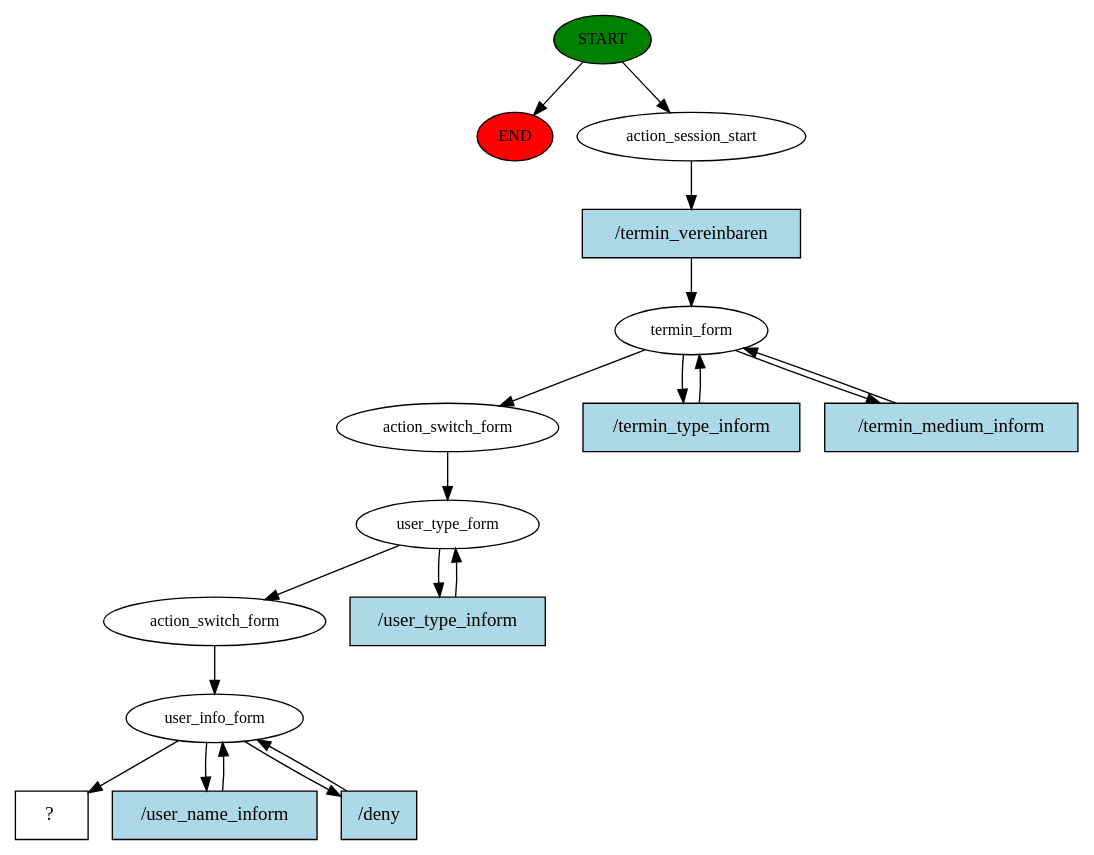
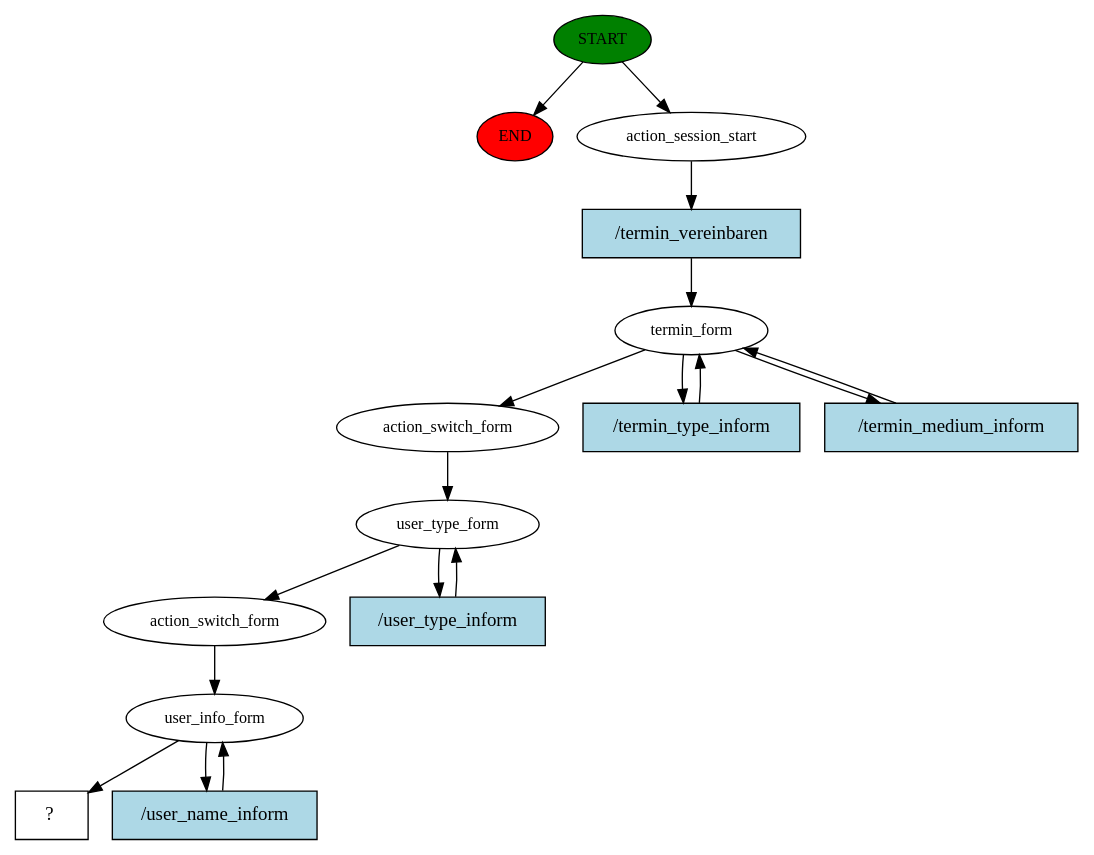
One commit to normanboettcher/BotPilot changed the diagram in bot-pilot-chat/backend/rasa-actions/story_graph.dot. Above: the diagram before and after it, drawn with Graphviz. The commit also changed 18 other files, not shown here.

Commit message:
Added action_handle_user_name_confirm

```diff
--- a/bot-pilot-chat/backend/rasa-actions/story_graph.dot
+++ b/bot-pilot-chat/backend/rasa-actions/story_graph.dot
@@ -1,36 +1,33 @@
 digraph  {
 0 [class="start active", fillcolor=green, fontsize=12, label=START, style=filled];
 "-1" [class=end, fillcolor=red, fontsize=12, label=END, style=filled];
 1 [class=active, fontsize=12, label=action_session_start];
 2 [class=active, fontsize=12, label=termin_form];
 5 [class=active, fontsize=12, label=action_switch_form];
 6 [class=active, fontsize=12, label=user_type_form];
 8 [class=active, fontsize=12, label=action_switch_form];
 9 [class=active, fontsize=12, label=user_info_form];
-12 [class="intent dashed active", label="  ?  ", shape=rect];
-13 [class="intent active", fillcolor=lightblue, label="/termin_vereinbaren", shape=rect, style=filled];
-14 [class="intent active", fillcolor=lightblue, label="/termin_type_inform", shape=rect, style=filled];
-15 [class="intent active", fillcolor=lightblue, label="/termin_medium_inform", shape=rect, style=filled];
-16 [class="intent active", fillcolor=lightblue, label="/user_type_inform", shape=rect, style=filled];
-17 [class="intent active", fillcolor=lightblue, label="/user_name_inform", shape=rect, style=filled];
-18 [class="intent active", fillcolor=lightblue, label="/deny", shape=rect, style=filled];
+11 [class="intent dashed active", label="  ?  ", shape=rect];
+12 [class="intent active", fillcolor=lightblue, label="/termin_vereinbaren", shape=rect, style=filled];
+13 [class="intent active", fillcolor=lightblue, label="/termin_type_inform", shape=rect, style=filled];
+14 [class="intent active", fillcolor=lightblue, label="/termin_medium_inform", shape=rect, style=filled];
+15 [class="intent active", fillcolor=lightblue, label="/user_type_inform", shape=rect, style=filled];
+16 [class="intent active", fillcolor=lightblue, label="/user_name_inform", shape=rect, style=filled];
 0 -> "-1"  [class="", key=NONE, label=""];
 0 -> 1  [class=active, key=NONE, label=""];
-1 -> 13  [class=active, key=0];
+1 -> 12  [class=active, key=0];
 2 -> 5  [class=active, key=NONE, label=""];
+2 -> 13  [class=active, key=0];
 2 -> 14  [class=active, key=0];
-2 -> 15  [class=active, key=0];
 5 -> 6  [class=active, key=NONE, label=""];
 6 -> 8  [class=active, key=NONE, label=""];
-6 -> 16  [class=active, key=0];
+6 -> 15  [class=active, key=0];
 8 -> 9  [class=active, key=NONE, label=""];
-9 -> 12  [class=active, key=NONE, label=""];
-9 -> 17  [class=active, key=0];
-9 -> 18  [class=active, key=0];
+9 -> 11  [class=active, key=NONE, label=""];
+9 -> 16  [class=active, key=0];
+12 -> 2  [class=active, key=0];
 13 -> 2  [class=active, key=0];
 14 -> 2  [class=active, key=0];
-15 -> 2  [class=active, key=0];
-16 -> 6  [class=active, key=0];
-17 -> 9  [class=active, key=0];
-18 -> 9  [class=active, key=0];
+15 -> 6  [class=active, key=0];
+16 -> 9  [class=active, key=0];
 }
```
